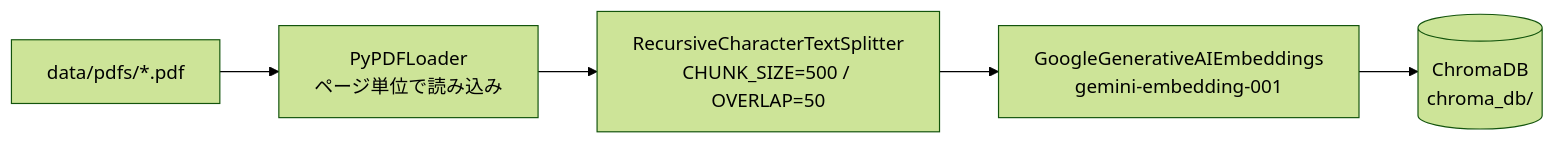
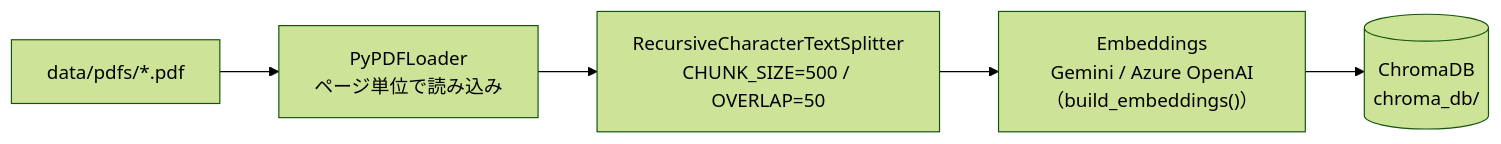
The second of 6 diagrams in docs/flow.md (ryokn/study_rag), drawn with Mermaid (forest theme) before and after one commit. The commit also changed other lines of this file and 2 other files, not shown here.

Commit message:
docs: Azure OpenAI対応・DuckDB追加を反映してドキュメントを更新
- README.md: Azure OpenAI セットアップ手順・パラメータ表・ディレクトリ構成・実装フェーズを更新
- docs/SPEC.md: フェーズ9（Azure OpenAI対応）を追記、技術スタック・パラメータ表を更新
- docs/flow.md: Embeddingノードをプロバイダー非依存の表記に修正、外部サービスにAzure OpenAIを追加

````diff
--- a/docs/flow.md
+++ b/docs/flow.md
@@ -60,10 +60,10 @@
 ```mermaid
 flowchart LR
     PDF["data/pdfs/*.pdf"]
     LOAD["PyPDFLoader<br/>ページ単位で読み込み"]
     SPLIT["RecursiveCharacterTextSplitter<br/>CHUNK_SIZE=500 / OVERLAP=50"]
-    EMBED["GoogleGenerativeAIEmbeddings<br/>gemini-embedding-001"]
+    EMBED["Embeddings<br/>Gemini / Azure OpenAI（build_embeddings()）"]
     CHROMA[("ChromaDB<br/>chroma_db/")]
 
     PDF --> LOAD --> SPLIT --> EMBED --> CHROMA
 ```
````
